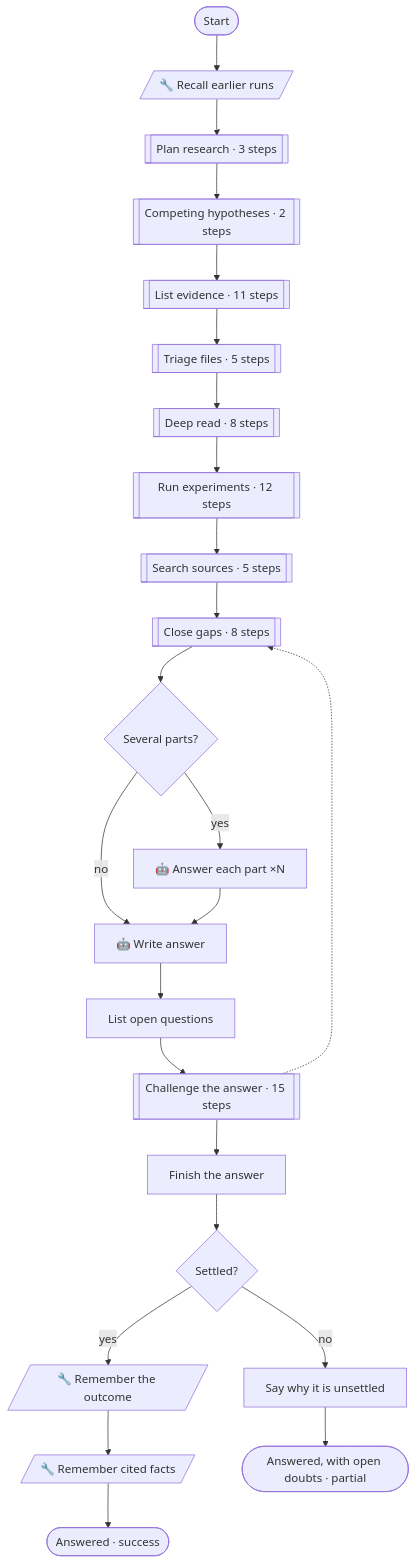
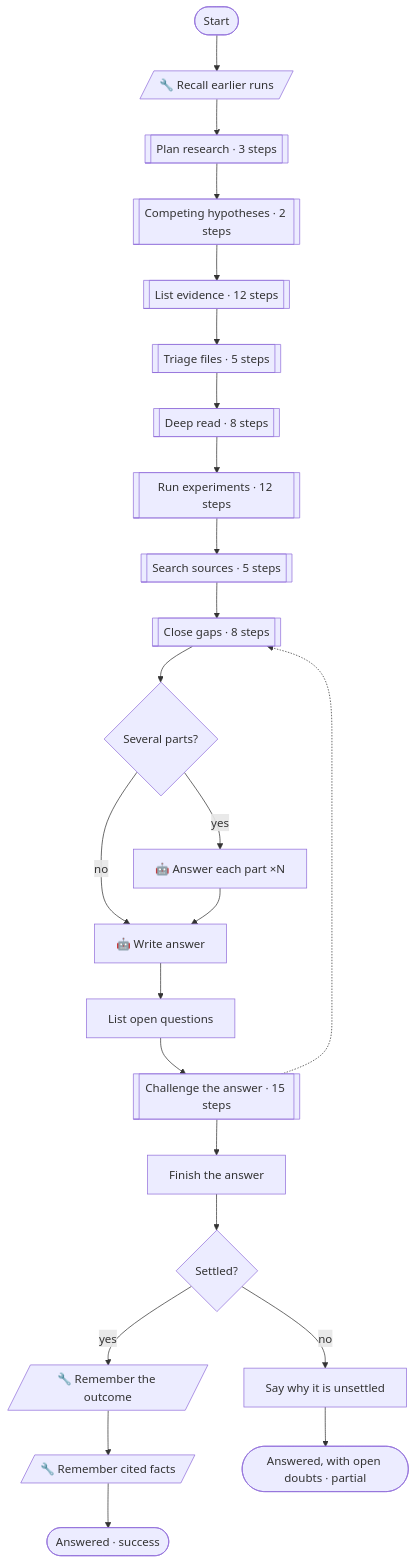
One commit to pirty6/symphony-core changed the first of 7 diagrams in docs/patterns.md. Above: the diagram before and after it, drawn with Mermaid. The commit also changed other lines of this file and 7 other files, not shown here.

````diff
--- a/docs/patterns.md
+++ b/docs/patterns.md
@@ -60,48 +64,48 @@
 ```mermaid
 flowchart TD
   n_start(["Start"])
   n_recall[/"🔧 Recall earlier runs"/]
   n_multiPart{"Several parts?"}
   n_answerParts["🤖 Answer each part ×N"]
   n_answer["🤖 Write answer"]
   n_listOpen["List open questions"]
   n_attachParts["Finish the answer"]
   n_settled{"Settled?"}
   n_noteDoubts["Say why it is unsettled"]
   n_learnAnswer[/"🔧 Remember the outcome"/]
   n_rememberCited[/"🔧 Remember cited facts"/]
   n_done(["Answered · success"])
   n_doubts(["Answered, with open doubts · partial"])
   n_planPhase[["Plan research · 3 steps"]]
   n_hypothesesPhase[["Competing hypotheses · 2 steps"]]
-  n_listPhase[["List evidence · 11 steps"]]
+  n_listPhase[["List evidence · 12 steps"]]
   n_triagePhase[["Triage files · 5 steps"]]
   n_deepPhase[["Deep read · 8 steps"]]
   n_experimentPhase[["Run experiments · 12 steps"]]
   n_sourcePhase[["Search sources · 5 steps"]]
   n_gapPhase[["Close gaps · 8 steps"]]
   n_challengePhase[["Challenge the answer · 15 steps"]]
   n_start --> n_recall
   n_recall --> n_planPhase
   n_planPhase --> n_hypothesesPhase
   n_hypothesesPhase --> n_listPhase
   n_listPhase --> n_triagePhase
   n_triagePhase --> n_deepPhase
   n_deepPhase --> n_experimentPhase
   n_experimentPhase --> n_sourcePhase
   n_sourcePhase --> n_gapPhase
   n_gapPhase --> n_multiPart
   n_multiPart -->|"yes"| n_answerParts
   n_multiPart -->|"no"| n_answer
   n_answerParts --> n_answer
   n_answer --> n_listOpen
   n_listOpen --> n_challengePhase
   n_challengePhase --> n_attachParts
   n_challengePhase -.-> n_gapPhase
   n_attachParts --> n_settled
   n_settled -->|"yes"| n_learnAnswer
   n_settled -->|"no"| n_noteDoubts
   n_learnAnswer --> n_rememberCited
   n_rememberCited --> n_done
   n_noteDoubts --> n_doubts
 ```
````
